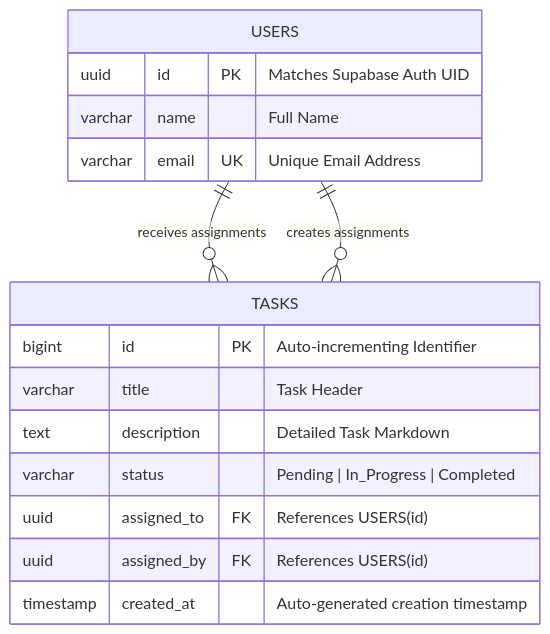
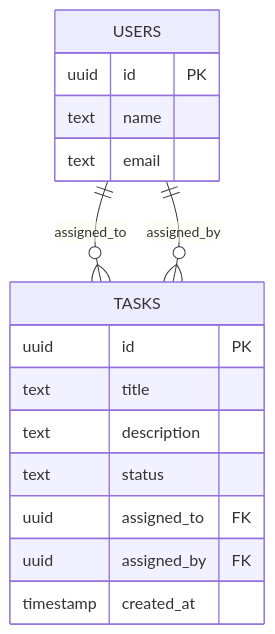
Before and after one commit to kartikshukla2301-eng/Hairdrama-Task-Manager: the third of 3 diagrams in README.md, drawn with Mermaid. The commit also changed other lines of this file, not shown here.

````diff
--- a/README.md
+++ b/README.md
@@ -160,19 +208,21 @@
 ```mermaid
 erDiagram
     USERS {
-        uuid id PK "Matches Supabase Auth UID"
-        varchar name "Full Name"
-        varchar email UK "Unique Email Address"
+        uuid id PK
+        text name
+        text email
     }
+
     TASKS {
-        bigint id PK "Auto-incrementing Identifier"
-        varchar title "Task Header"
-        text description "Detailed Task Markdown"
-        varchar status "Pending | In_Progress | Completed"
-        uuid assigned_to FK "References USERS(id)"
-        uuid assigned_by FK "References USERS(id)"
-        timestamp created_at "Auto-generated creation timestamp"
+        uuid id PK
+        text title
+        text description
+        text status
+        uuid assigned_to FK
+        uuid assigned_by FK
+        timestamp created_at
     }
-    USERS ||--o{ TASKS : "receives assignments"
-    USERS ||--o{ TASKS : "creates assignments"
+
+    USERS ||--o{ TASKS : "assigned_to"
+    USERS ||--o{ TASKS : "assigned_by"
 ```
````
